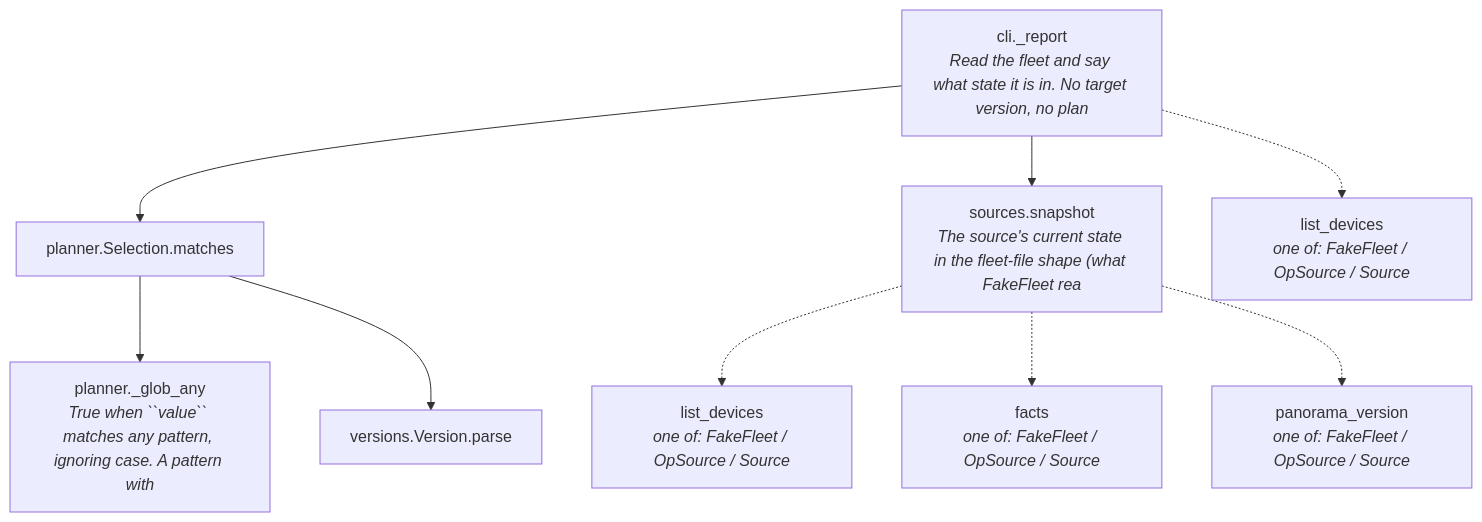
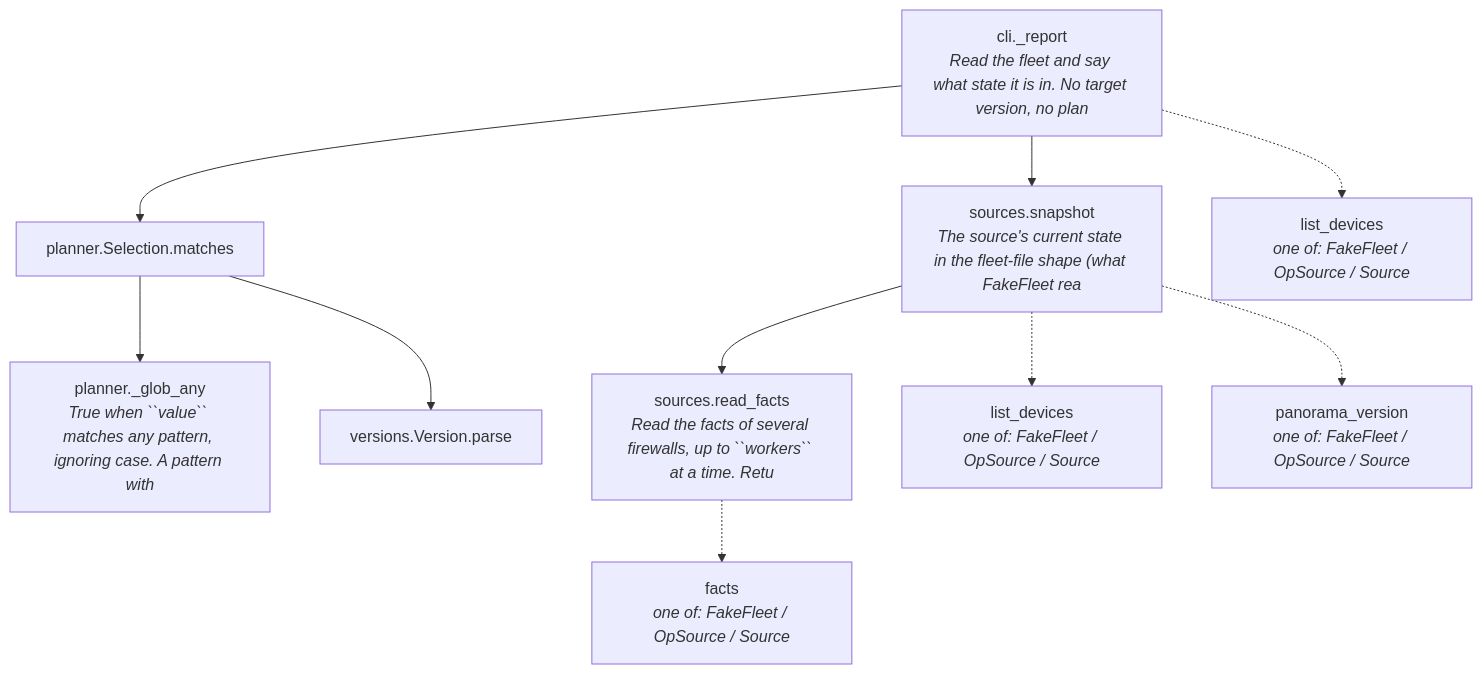
The third of 10 diagrams in docs/flow/verbs.md (fettigcj/panUpgrade), drawn with Mermaid before and after one commit. The commit also changed other lines of this file and 9 other files, not shown here.

Commit message:
Read the fleet side by side in plan, prepare and the snapshot; ask show system info once

````diff
--- a/docs/flow/verbs.md
+++ b/docs/flow/verbs.md
@@ -43,20 +43,22 @@
 ```mermaid
 flowchart TD
     n_panupgrade_cli__report["cli._report<br/><i>Read the fleet and say what state it is in. No target version, no plan</i>"]
     n_panupgrade_planner_Selection_matches["planner.Selection.matches"]
     n_panupgrade_planner__glob_any["planner._glob_any<br/><i>True when ``value`` matches any pattern, ignoring case. A pattern with</i>"]
     n_panupgrade_versions_Version_parse["versions.Version.parse"]
     n_panupgrade_sources_snapshot["sources.snapshot<br/><i>The source's current state in the fleet-file shape (what FakeFleet rea</i>"]
+    n_panupgrade_sources_read_facts["sources.read_facts<br/><i>Read the facts of several firewalls, up to ``workers`` at a time. Retu</i>"]
+    n_panupgrade_sources_read_facts_facts["facts<br/><i>one of: FakeFleet / OpSource / Source</i>"]
     n_panupgrade_sources_snapshot_list_devices["list_devices<br/><i>one of: FakeFleet / OpSource / Source</i>"]
-    n_panupgrade_sources_snapshot_facts["facts<br/><i>one of: FakeFleet / OpSource / Source</i>"]
     n_panupgrade_sources_snapshot_panorama_version["panorama_version<br/><i>one of: FakeFleet / OpSource / Source</i>"]
     n_panupgrade_cli__report_list_devices["list_devices<br/><i>one of: FakeFleet / OpSource / Source</i>"]
     n_panupgrade_cli__report --> n_panupgrade_planner_Selection_matches
     n_panupgrade_planner_Selection_matches --> n_panupgrade_planner__glob_any
     n_panupgrade_planner_Selection_matches --> n_panupgrade_versions_Version_parse
     n_panupgrade_cli__report --> n_panupgrade_sources_snapshot
+    n_panupgrade_sources_snapshot --> n_panupgrade_sources_read_facts
+    n_panupgrade_sources_read_facts -.-> n_panupgrade_sources_read_facts_facts
     n_panupgrade_sources_snapshot -.-> n_panupgrade_sources_snapshot_list_devices
-    n_panupgrade_sources_snapshot -.-> n_panupgrade_sources_snapshot_facts
     n_panupgrade_sources_snapshot -.-> n_panupgrade_sources_snapshot_panorama_version
     n_panupgrade_cli__report -.-> n_panupgrade_cli__report_list_devices
 ```
````
